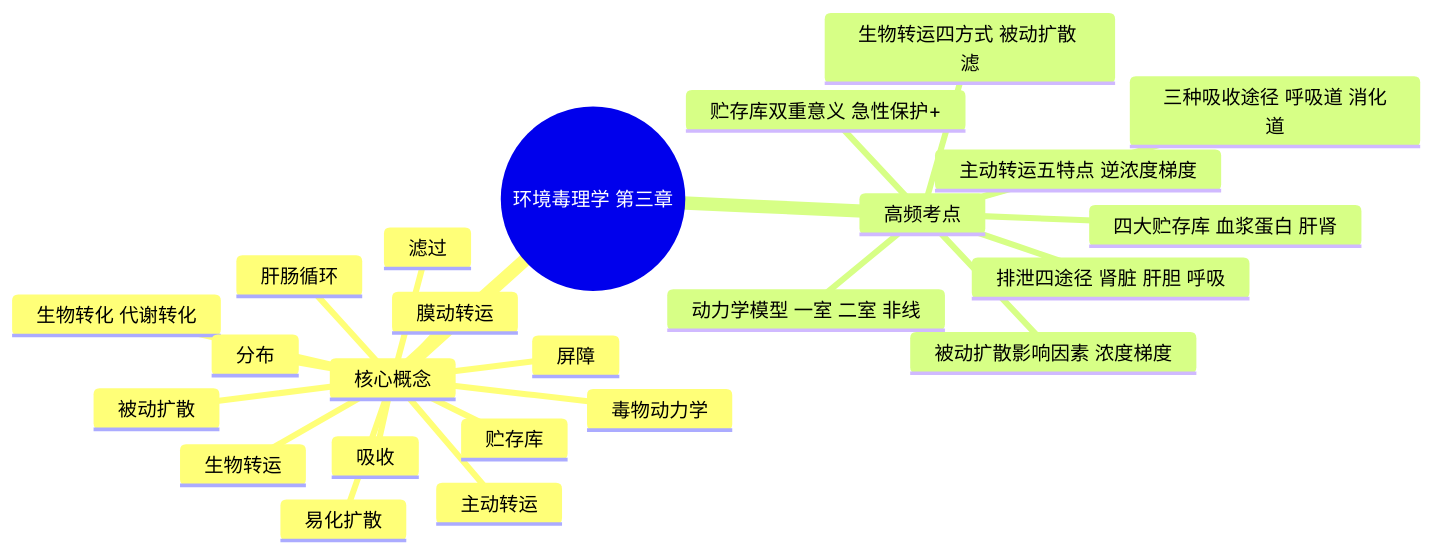
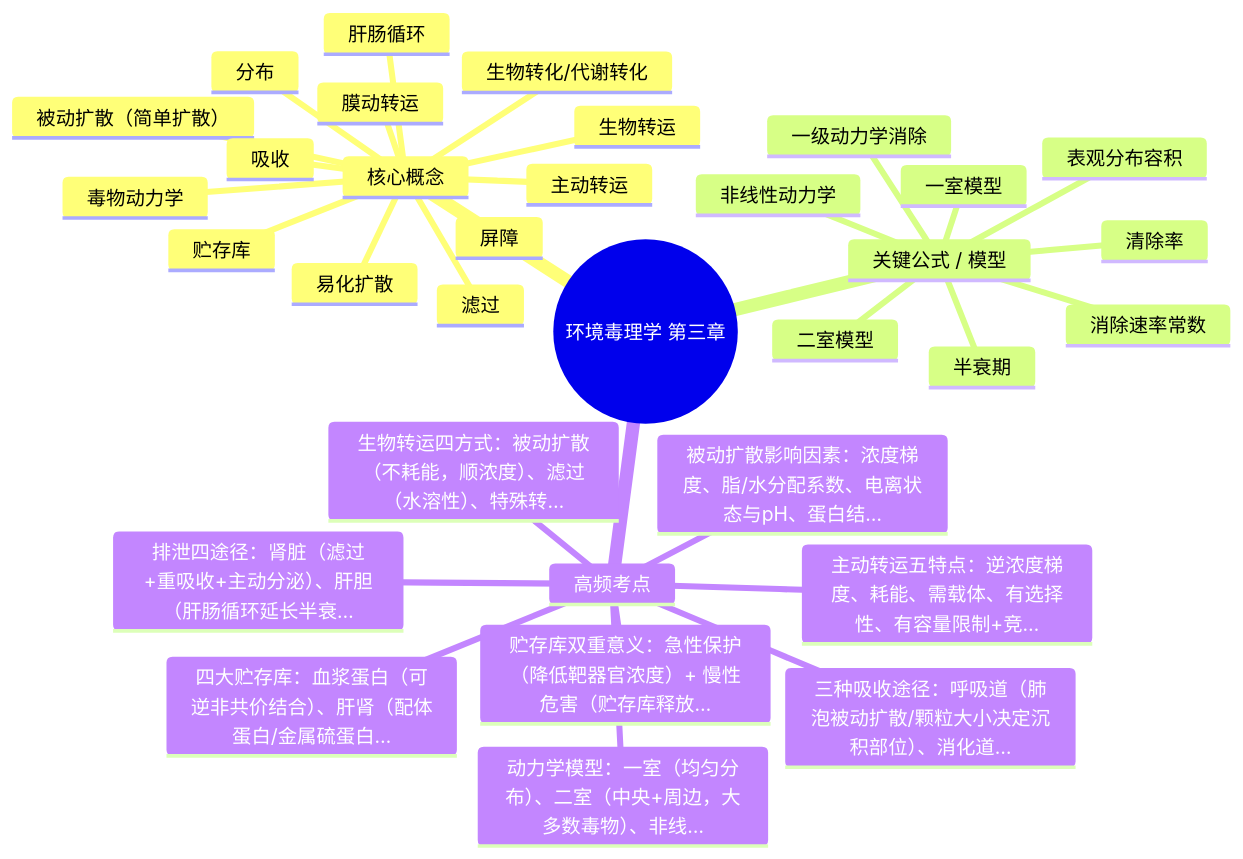
One commit to dao-genesis/xuexi-fuxi changed the diagram in 环境毒理学/03_解析成果/_素材/_第03章_环境毒理学_第三章.md. Above: the diagram before and after it, drawn with Mermaid. The commit also changed other lines of this file and 47 other files, not shown here.

````diff
--- a/环境毒理学/03_解析成果/_素材/_第03章_环境毒理学_第三章.md
+++ b/环境毒理学/03_解析成果/_素材/_第03章_环境毒理学_第三章.md
@@ -814,27 +823,36 @@
 ```mermaid
 mindmap
   root((环境毒理学 第三章))
     核心概念
       生物转运
-      生物转化 代谢转化
-      被动扩散
+      生物转化/代谢转化
+      被动扩散（简单扩散）
       滤过
       主动转运
       易化扩散
       膜动转运
       吸收
       分布
       屏障
       贮存库
       肝肠循环
       毒物动力学
+    关键公式 / 模型
+      一级动力学消除
+      半衰期
+      表观分布容积
+      消除速率常数
+      清除率
+      一室模型
+      二室模型
+      非线性动力学
     高频考点
-      生物转运四方式 被动扩散 滤
-      被动扩散影响因素 浓度梯度 
-      主动转运五特点 逆浓度梯度 
-      三种吸收途径 呼吸道 消化道
-      四大贮存库 血浆蛋白 肝肾 
-      贮存库双重意义 急性保护+ 
-      排泄四途径 肾脏 肝胆 呼吸
-      动力学模型 一室 二室 非线
+      生物转运四方式：被动扩散（不耗能，顺浓度）、滤过（水溶性）、特殊转…
+      被动扩散影响因素：浓度梯度、脂/水分配系数、电离状态与pH、蛋白结…
+      主动转运五特点：逆浓度梯度、耗能、需载体、有选择性、有容量限制+竞…
+      三种吸收途径：呼吸道（肺泡被动扩散/颗粒大小决定沉积部位）、消化道…
+      四大贮存库：血浆蛋白（可逆非共价结合）、肝肾（配体蛋白/金属硫蛋白…
+      贮存库双重意义：急性保护（降低靶器官浓度）+ 慢性危害（贮存库释放…
+      排泄四途径：肾脏（滤过+重吸收+主动分泌）、肝胆（肝肠循环延长半衰…
+      动力学模型：一室（均匀分布）、二室（中央+周边，大多数毒物）、非线…
 ```
````
